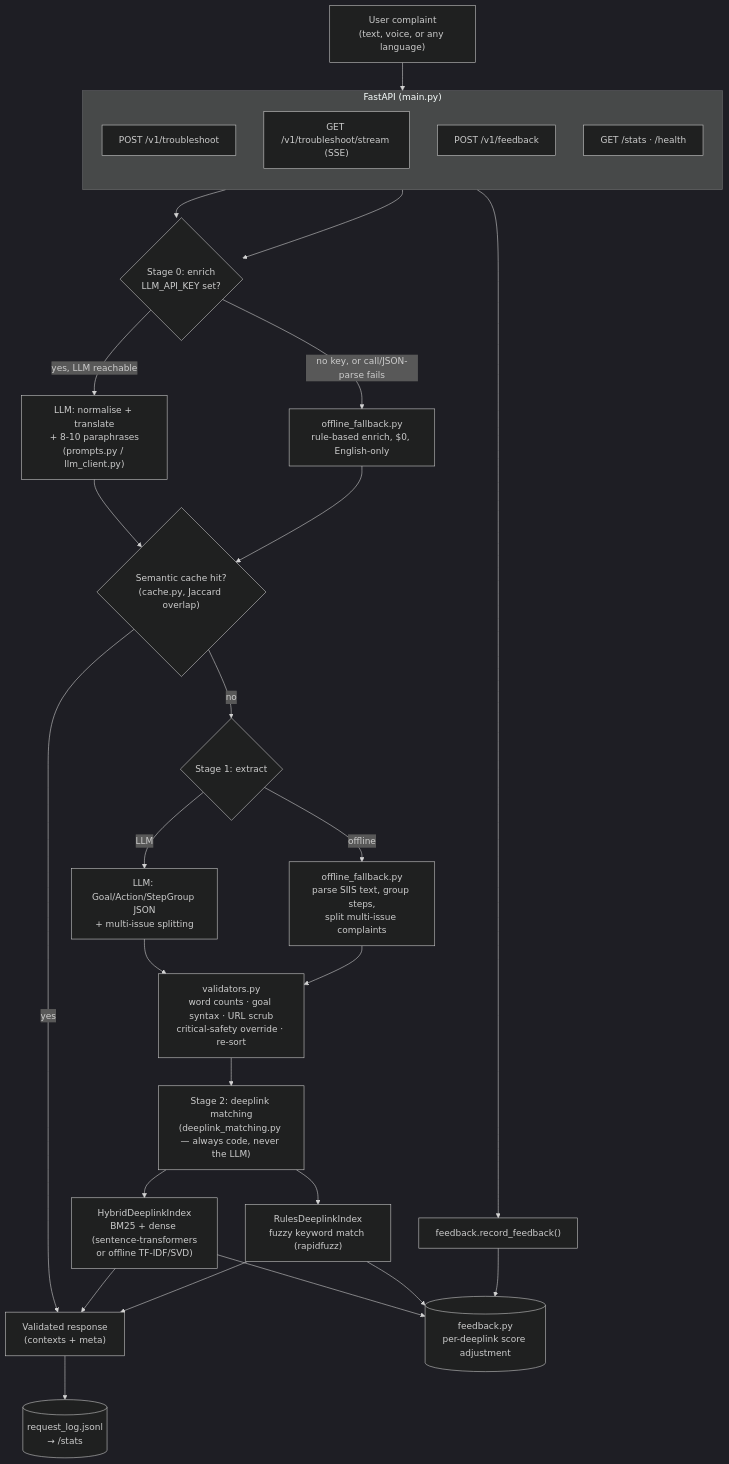
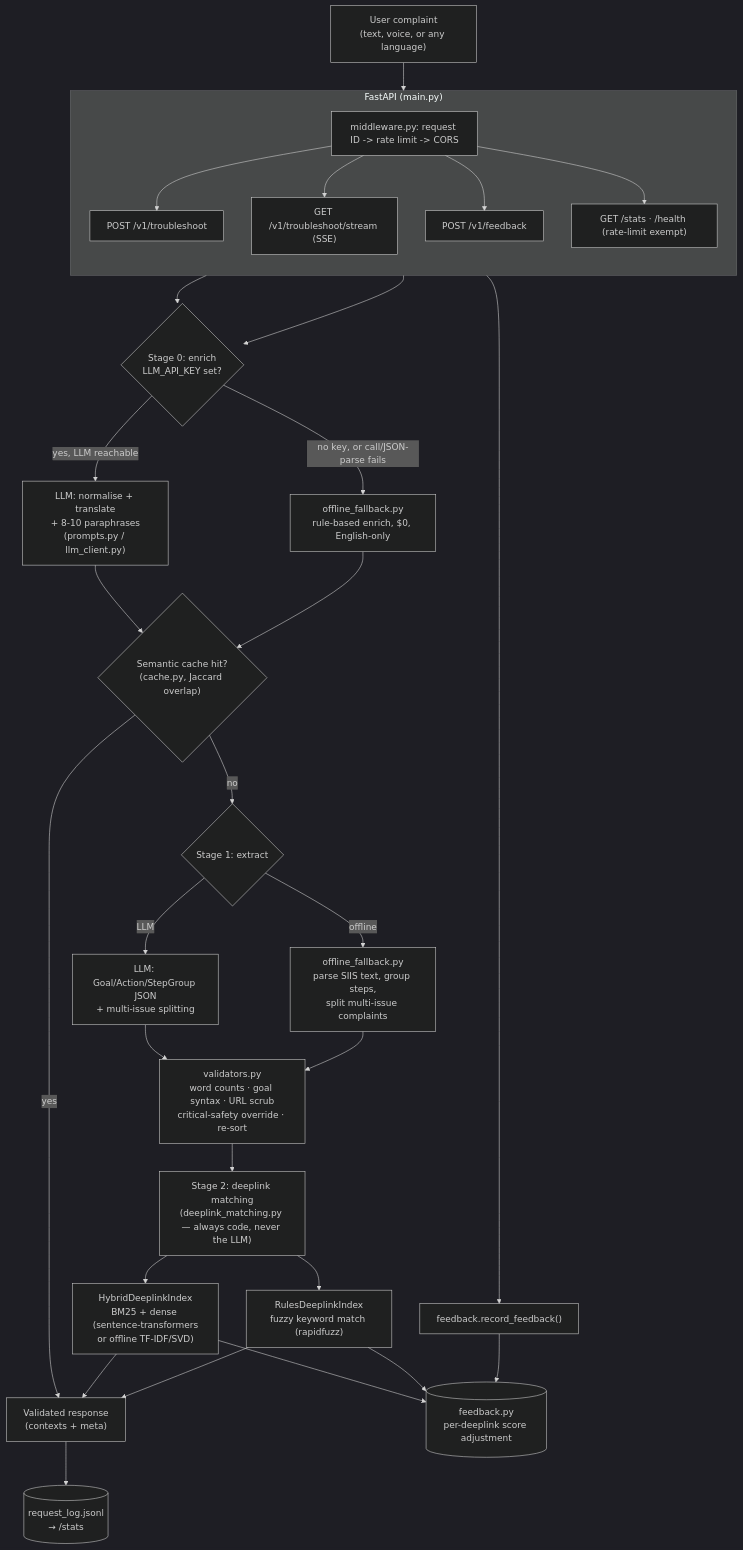
The diagram in README.md (tripthyganesh1797-ctrl/GENAI-HACKATHON), drawn with Mermaid (dark theme) before and after one commit. The commit also changed other lines of this file and 5 other files, not shown here.

````diff
--- a/README.md
+++ b/README.md
@@ -32,45 +32,47 @@
 ```mermaid
 flowchart TD
     U["User complaint\n(text, voice, or any language)"] --> API
 
     subgraph API["FastAPI (main.py)"]
         direction TB
+        MW["middleware.py: request ID -> rate limit -> CORS"]
         EP1["POST /v1/troubleshoot"]
         EP2["GET /v1/troubleshoot/stream (SSE)"]
         EP3["POST /v1/feedback"]
-        EP4["GET /stats · /health"]
+        EP4["GET /stats · /health (rate-limit exempt)"]
+        MW --> EP1 & EP2 & EP3 & EP4
     end
 
     EP1 --> S0
     EP2 --> S0
 
     S0{"Stage 0: enrich\nLLM_API_KEY set?"}
     S0 -- "yes, LLM reachable" --> L0["LLM: normalise + translate\n+ 8-10 paraphrases\n(prompts.py / llm_client.py)"]
     S0 -- "no key, or call/JSON-parse fails" --> O0["offline_fallback.py\nrule-based enrich, $0, English-only"]
 
     L0 --> CACHE
     O0 --> CACHE
     CACHE{"Semantic cache hit?\n(cache.py, Jaccard overlap)"}
     CACHE -- "yes" --> RESP
     CACHE -- "no" --> S1
 
     S1{"Stage 1: extract"}
     S1 -- "LLM" --> L1["LLM: Goal/Action/StepGroup JSON\n+ multi-issue splitting"]
     S1 -- "offline" --> O1["offline_fallback.py\nparse SIIS text, group steps,\nsplit multi-issue complaints"]
 
     L1 --> VAL
     O1 --> VAL
     VAL["validators.py\nword counts · goal syntax · URL scrub\ncritical-safety override · re-sort"]
 
     VAL --> S2
     S2["Stage 2: deeplink matching\n(deeplink_matching.py — always code, never the LLM)"]
     S2 --> HYB["HybridDeeplinkIndex\nBM25 + dense (sentence-transformers\nor offline TF-IDF/SVD)"]
     S2 --> RUL["RulesDeeplinkIndex\nfuzzy keyword match (rapidfuzz)"]
     HYB & RUL --> FB[("feedback.py\nper-deeplink score adjustment")]
 
     HYB --> RESP
     RUL --> RESP
     RESP["Validated response\n(contexts + meta)"] --> LOG[("request_log.jsonl\n→ /stats")]
 
     EP3 --> FBWRITE["feedback.record_feedback()"] --> FB
 ```
````
